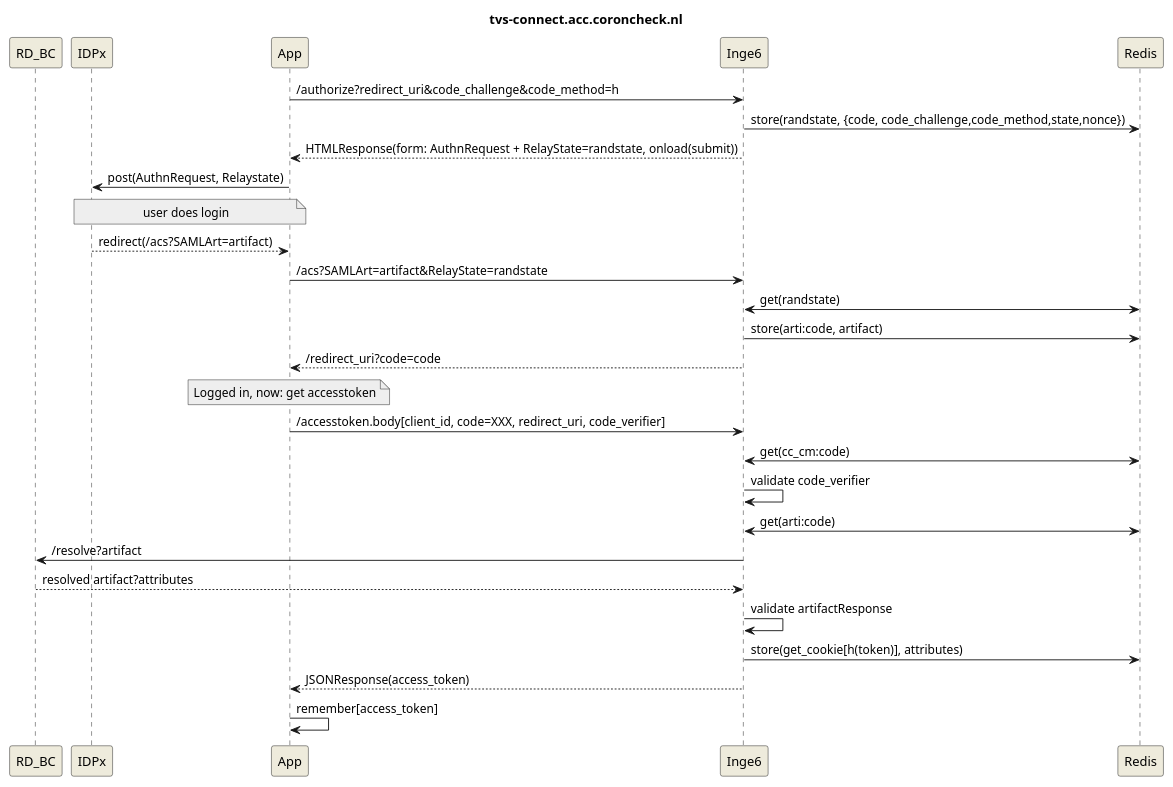
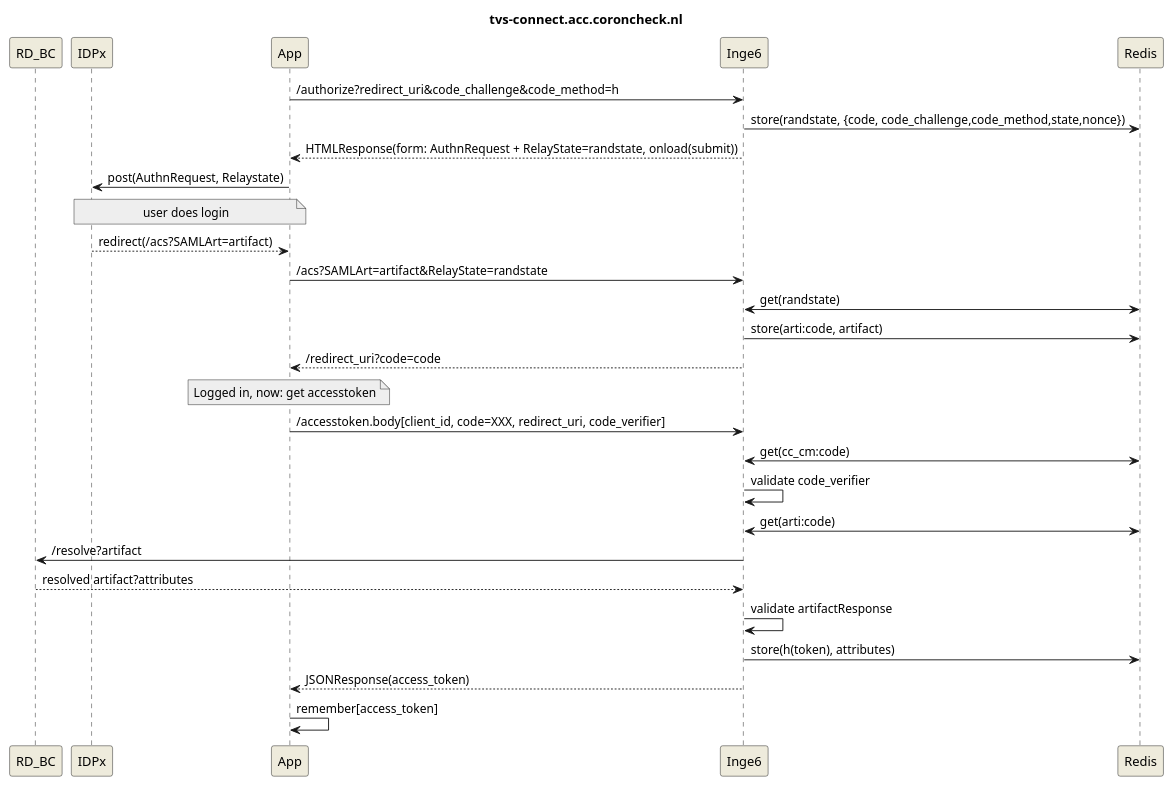
The diagram in docs/tvs-oidc-puml.wsd (minvws/nl-rdo-max), drawn with PlantUML before and after one commit. The commit also changed 2 other files, not shown here.

```diff
--- a/docs/tvs-oidc-puml.wsd
+++ b/docs/tvs-oidc-puml.wsd
@@ -1,40 +1,40 @@
 @startuml
 title tvs-connect.acc.coroncheck.nl
 
 skinparam backgroundColor white
 skinparam participantBackgroundColor #EEEBDC
 skinparam noteBackgroundColor #EEE
 
 participant RD_BC
 participant IDPx
 participant App
 
 App->Inge6:/authorize?redirect_uri&code_challenge&code_method=h
 Inge6->Redis:store(randstate, {code, code_challenge,code_method,state,nonce})
 Inge6-->App:HTMLResponse(form: AuthnRequest + RelayState=randstate, onload(submit))
 
 App->IDPx:post(AuthnRequest, Relaystate)
 note over App, IDPx:user does login
 IDPx-->App:redirect(/acs?SAMLArt=artifact)
 App->Inge6:/acs?SAMLArt=artifact&RelayState=randstate
 
 Inge6<->Redis:get(randstate)
 
 Inge6->Redis:store(arti:code, artifact)
 Inge6-->App:/redirect_uri?code=code
 
 note over App: Logged in, now: get accesstoken
 App->Inge6:/accesstoken.body[client_id, code=XXX, redirect_uri, code_verifier]
 Redis<->Inge6:get(cc_cm:code)
 Inge6->Inge6:validate code_verifier
 
 Redis<->Inge6:get(arti:code)
 Inge6->RD_BC:/resolve?artifact
 Inge6<--RD_BC:resolved artifact?attributes
 Inge6->Inge6:validate artifactResponse
 
-Inge6->Redis:store(get_cookie[h(token)], attributes)
+Inge6->Redis:store(h(token), attributes)
 
 Inge6-->App:JSONResponse(access_token)
 App->App:remember[access_token]
 @enduml
```
